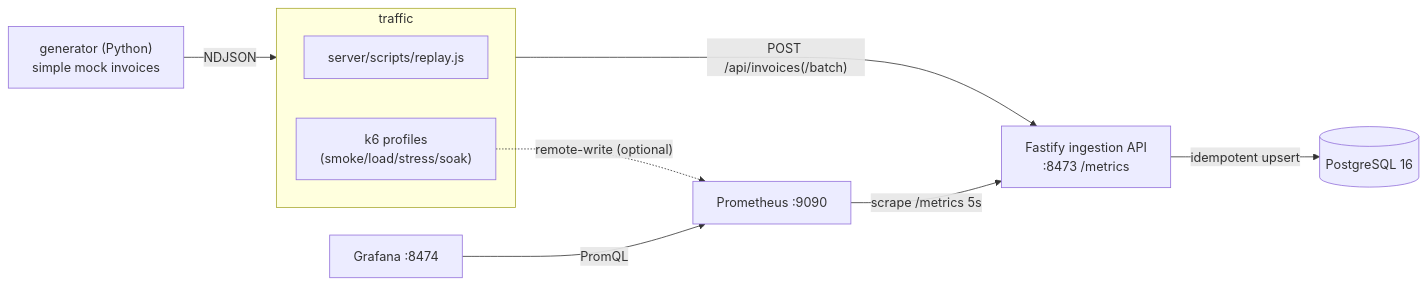
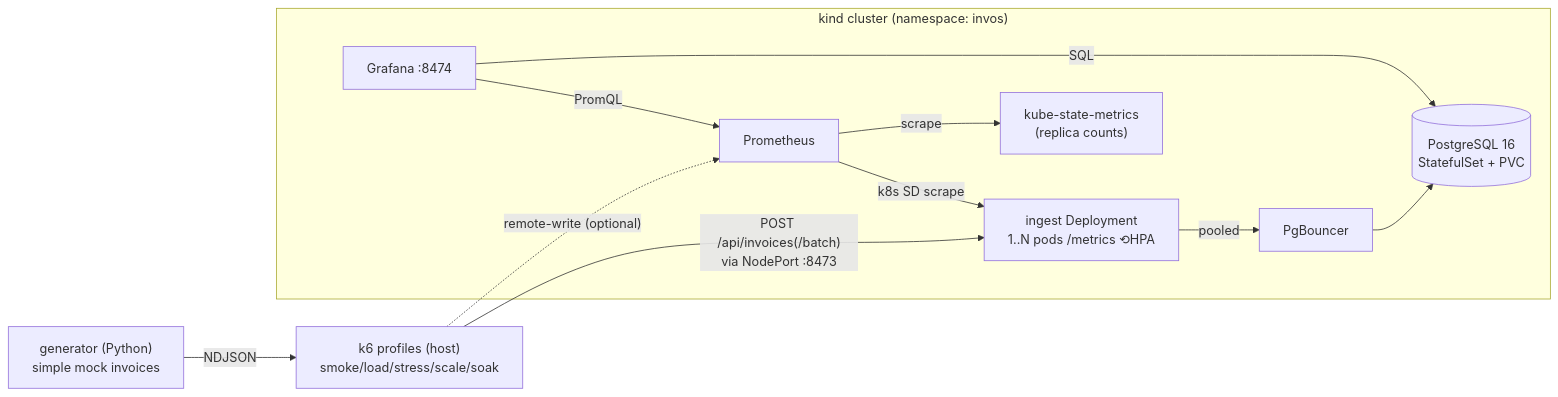
Before and after one commit to EricLin0123/invos-mock-demo: the diagram in README.md, drawn with Mermaid. The commit also changed other lines of this file and 31 other files, not shown here.

````diff
--- a/README.md
+++ b/README.md
@@ -11,13 +14,14 @@
 ```mermaid
 flowchart LR
-  gen["generator (Python)\nsimple mock invoices"] -->|NDJSON| feed
-  subgraph feed["traffic"]
-    replay["server/scripts/replay.js"]
-    k6["k6 profiles\n(smoke/load/stress/soak)"]
+  gen["generator (Python)\nsimple mock invoices"] -->|NDJSON| k6
+  k6["k6 profiles (host)\nsmoke/load/stress/scale/soak"] -->|"POST /api/invoices(/batch)\nvia NodePort :8473"| api
+  subgraph kind["kind cluster (namespace: invos)"]
+    api["ingest Deployment\n1..N pods /metrics ⟲HPA"] -->|pooled| pgb["PgBouncer"]
+    pgb --> pg[("PostgreSQL 16\nStatefulSet + PVC")]
+    prom["Prometheus"] -->|"k8s SD scrape"| api
+    prom -->|scrape| ksm["kube-state-metrics\n(replica counts)"]
+    graf["Grafana :8474"] -->|PromQL| prom
+    graf -->|SQL| pg
   end
-  feed -->|"POST /api/invoices(/batch)"| api["Fastify ingestion API\n:8473  /metrics"]
-  api -->|"idempotent upsert"| pg[("PostgreSQL 16")]
-  prom["Prometheus :9090"] -->|"scrape /metrics 5s"| api
   k6 -.->|"remote-write (optional)"| prom
-  graf["Grafana :8474"] -->|PromQL| prom
 ```
````
